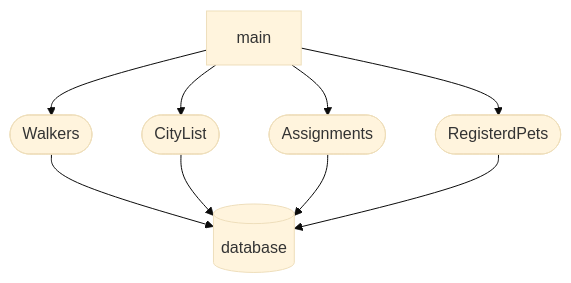
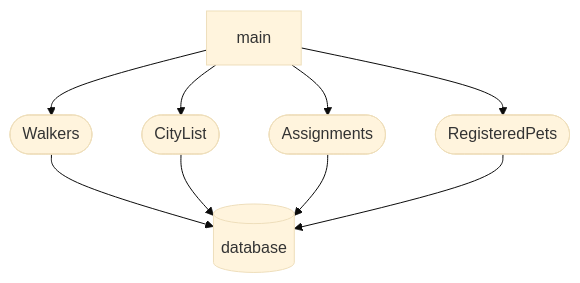
One commit to cmdrumright/dog-walking changed the first of 3 diagrams in README.md. Above: the diagram before and after it, drawn with Mermaid (base theme). The commit also changed other lines of this file and 1 other file, not shown here.

Commit message:
updated erd and sequence diagram

````diff
--- a/README.md
+++ b/README.md
@@ -4,17 +4,17 @@
 ```mermaid
 flowchart TD
     main["main"]
     Walkers(["Walkers"])
     CityList(["CityList"])
     Assignments(["Assignments"])
-    RegisterdPets(["RegisterdPets"])
+    RegisteredPets(["RegisteredPets"])
     database[("database")]
     main-->Walkers
     main-->CityList
     main-->Assignments
-    main-->RegisterdPets
+    main-->RegisteredPets
     Walkers-->database
     CityList-->database
     Assignments-->database
-    RegisterdPets-->database
+    RegisteredPets-->database
 ```
````
